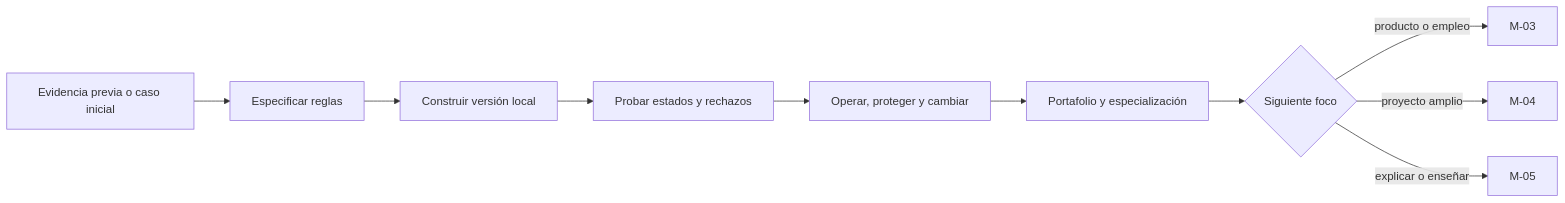
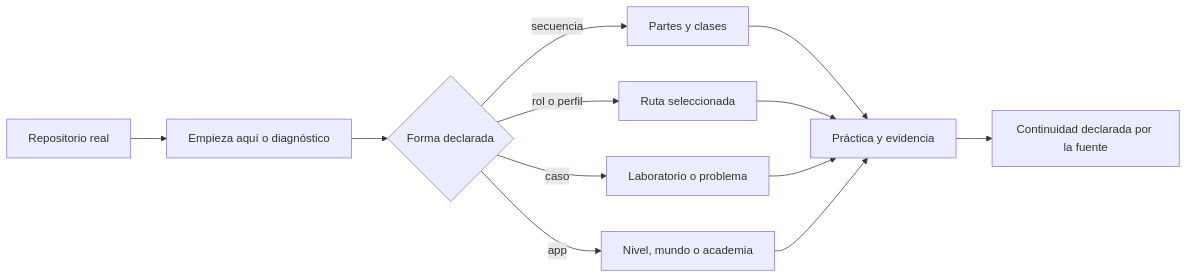
One commit to vladimiracunadev-create/lifelong-learning-ecosystem changed the diagram in docs/LEARNING_ROUTES.md. Above: the diagram before and after it, drawn with Mermaid. The commit also changed other lines of this file and 44 other files, not shown here.

Commit message:
docs: rebuild ecosystem around real learning flows

````diff
--- a/docs/LEARNING_ROUTES.md
+++ b/docs/LEARNING_ROUTES.md
@@ -44,12 +31,14 @@
 ```mermaid
 flowchart LR
-    A[Evidencia previa o caso inicial] --> B[Especificar reglas]
-    B --> C[Construir versión local]
-    C --> D[Probar estados y rechazos]
-    D --> E[Operar, proteger y cambiar]
-    E --> F[Portafolio y especialización]
-    F --> G{Siguiente foco}
-    G -->|producto o empleo| H[M-03]
-    G -->|proyecto amplio| I[M-04]
-    G -->|explicar o enseñar| J[M-05]
+    R[Repositorio real] --> E[Empieza aquí o diagnóstico]
+    E --> S{Forma declarada}
+    S -->|secuencia| C[Partes y clases]
+    S -->|rol o perfil| P[Ruta seleccionada]
+    S -->|caso| L[Laboratorio o problema]
+    S -->|app| A[Nivel, mundo o academia]
+    C --> V[Práctica y evidencia]
+    P --> V
+    L --> V
+    A --> V
+    V --> N[Continuidad declarada por la fuente]
 ```
````
